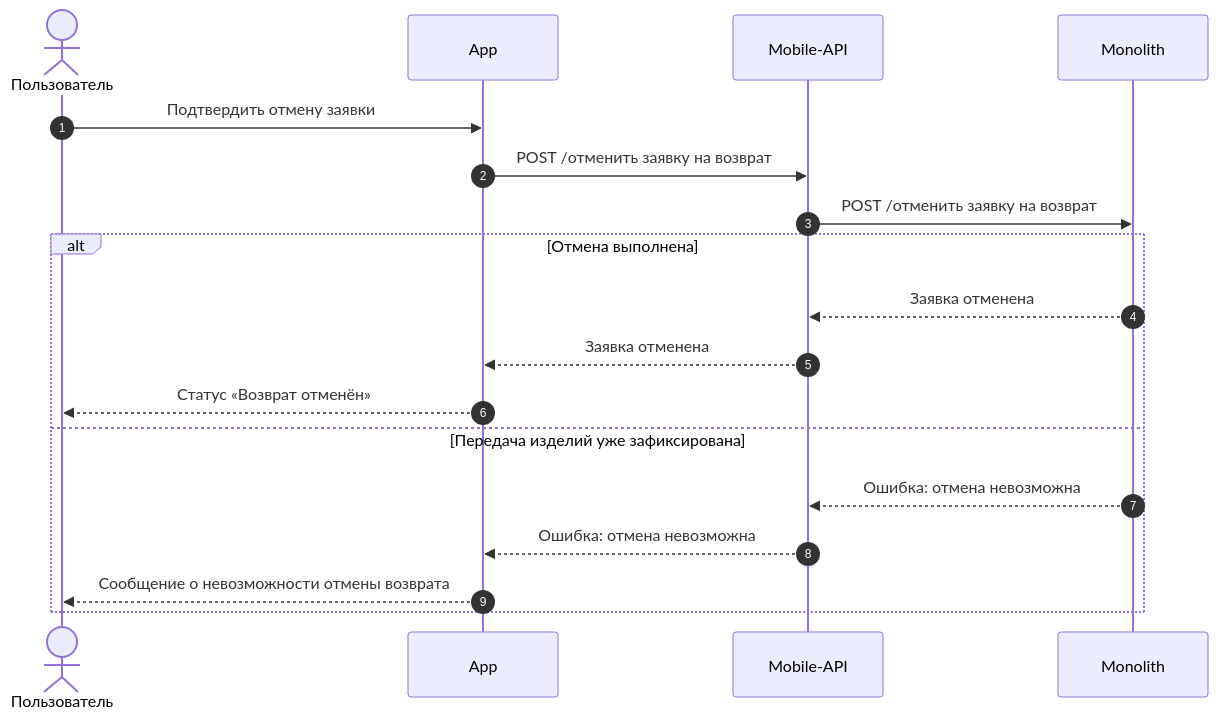
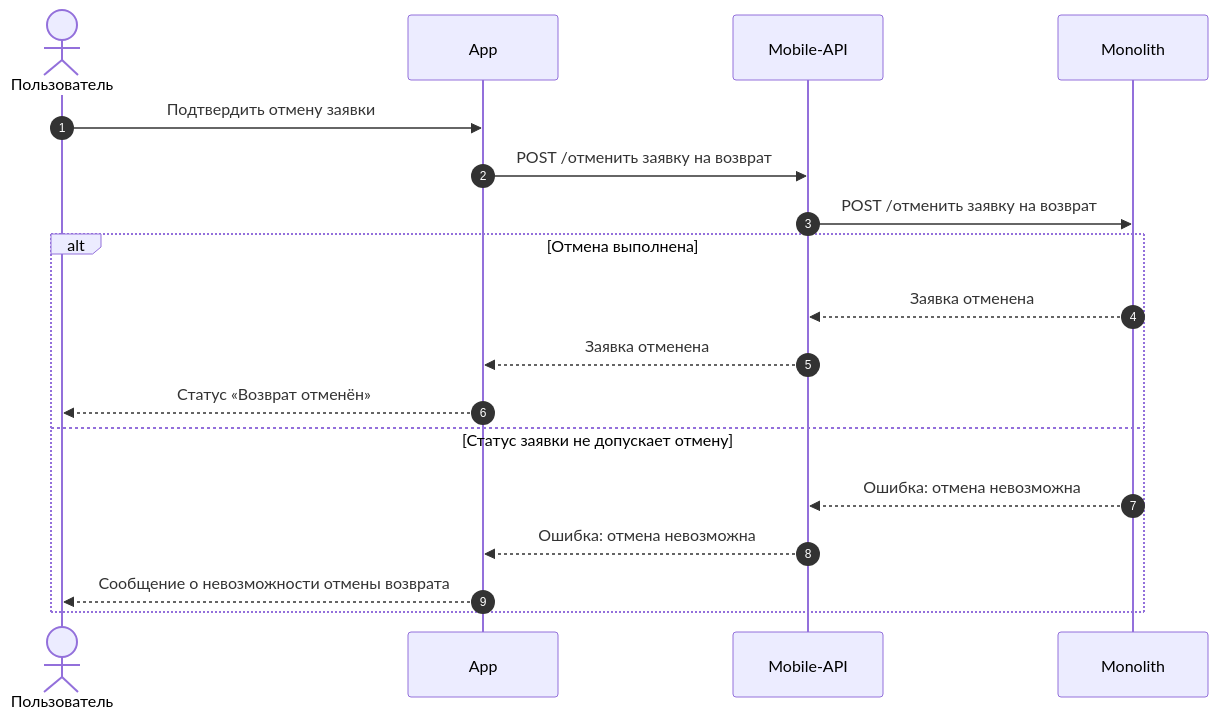
Diagram 24 of 24 in projects/returns-2.0/requirements/srs/srs-mobile-mvp.md (Terinss155/opencode-agents-analysis), drawn with Mermaid before and after one commit. The commit also changed other lines of this file and 135 other files, not shown here.

````diff
--- a/projects/returns-2.0/requirements/srs/srs-mobile-mvp.md
+++ b/projects/returns-2.0/requirements/srs/srs-mobile-mvp.md
@@ -1321,21 +1378,21 @@
 ```mermaid
 sequenceDiagram
     autonumber
     actor U as Пользователь
     participant APP as App
     participant API as Mobile-API
     participant MON as Monolith
 
     U->>APP: Подтвердить отмену заявки
     APP->>API: POST /отменить заявку на возврат
     API->>MON: POST /отменить заявку на возврат
     alt Отмена выполнена
         MON-->>API: Заявка отменена
         API-->>APP: Заявка отменена
         APP-->>U: Статус «Возврат отменён»
-    else Передача изделий уже зафиксирована
+    else Статус заявки не допускает отмену
         MON-->>API: Ошибка: отмена невозможна
         API-->>APP: Ошибка: отмена невозможна
         APP-->>U: Сообщение о невозможности отмены возврата
     end
 ```
````
